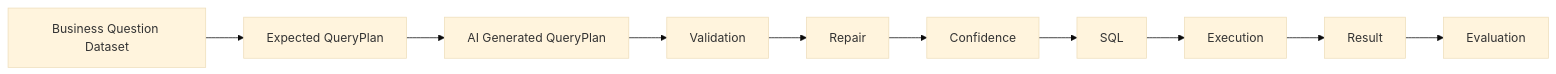
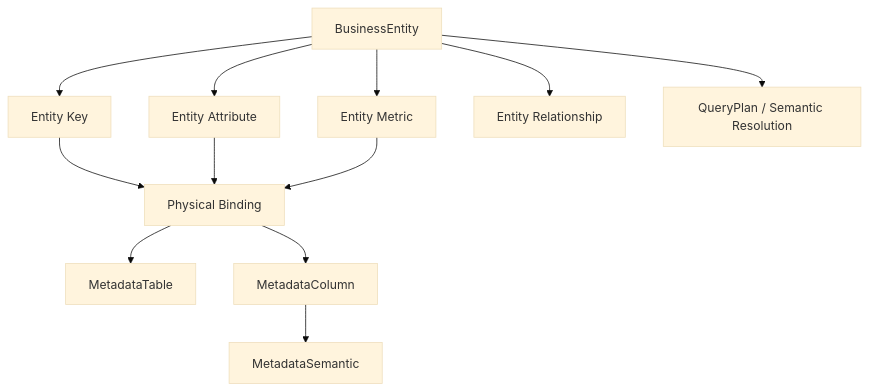
Before and after one commit to wenzhong0606-dev/SuperBuilder_AI: the second of 2 diagrams in SuperBulider_AI/wwwroot/Doc/SuperBuilder AI Native BI Phase开发计划.md, drawn with Mermaid (base theme). The commit also changed other lines of this file, not shown here.

Commit message:
docs: start phase 3.1 business entity model planning

````diff
--- a/SuperBulider_AI/wwwroot/Doc/SuperBuilder AI Native BI Phase开发计划.md
+++ b/SuperBulider_AI/wwwroot/Doc/SuperBuilder AI Native BI Phase开发计划.md
@@ -2065,41 +361,25 @@
 ```mermaid
-flowchart LR
+flowchart TD
+    E[BusinessEntity]
+    K[Entity Key]
+    A[Entity Attribute]
+    M[Entity Metric]
+    R[Entity Relationship]
+    P[Physical Binding]
+    T[MetadataTable]
+    C[MetadataColumn]
+    S[MetadataSemantic]
+    Q[QueryPlan / Semantic Resolution]
 
-A[Business Question Dataset]
-
--->
-
-B[Expected QueryPlan]
-
--->
-
-C[AI Generated QueryPlan]
-
--->
-
-D[Validation]
-
--->
-
-E[Repair]
-
--->
-
-F[Confidence]
-
--->
-
-G[SQL]
-
--->
-
-H[Execution]
-
--->
-
-I[Result]
-
--->
-
-J[Evaluation]
+    E --> K
+    E --> A
+    E --> M
+    E --> R
+    K --> P
+    A --> P
+    M --> P
+    P --> T
+    P --> C
+    C --> S
+    E --> Q
 ```
````
